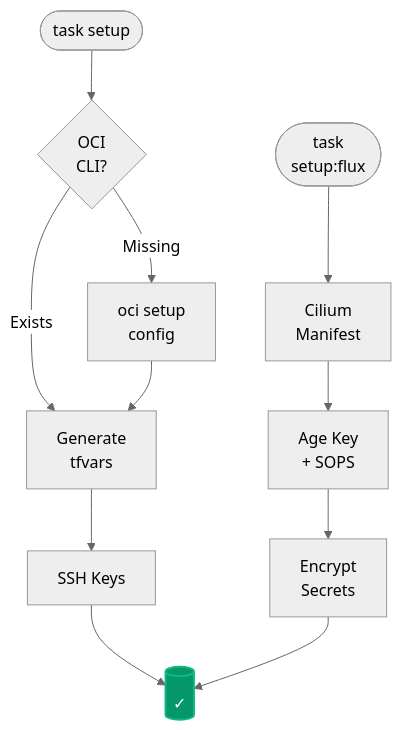
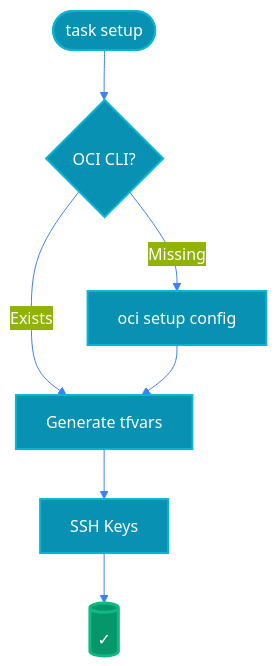
The second of 5 diagrams in docs/ARCHITECTURE-DIAGRAMS.md (syscode-labs/oci-free-tier-manager), drawn with Mermaid before and after one commit. The commit also changed other lines of this file and 2 other files, not shown here.

First line of the commit message:
fix: rewrite diagrams with explicit white text styling

````diff
--- a/docs/ARCHITECTURE-DIAGRAMS.md
+++ b/docs/ARCHITECTURE-DIAGRAMS.md
@@ -72,22 +52,23 @@
 ```mermaid
----
-config:
-  theme: neutral
----
+%%{init: {'theme':'base', 'themeVariables': { 'primaryColor':'#0891b2','primaryTextColor':'#fff','primaryBorderColor':'#06b6d4','lineColor':'#3b82f6','textColor':'#fff','fontSize':'16px'}}}%%
 flowchart TB
-    Start(["task setup"]) --> CheckOCI{"OCI<br/>CLI?"}
-    CheckOCI -->|Missing| InstallOCI["oci setup<br/>config"]
-    CheckOCI -->|Exists| GenTF["Generate<br/>tfvars"]
+    Start(["task setup"])
+    CheckOCI{"OCI CLI?"}
+    InstallOCI["oci setup config"]
+    GenTF["Generate tfvars"]
+    SSH["SSH Keys"]
+    Done[("✓")]
+    
+    Start --> CheckOCI
+    CheckOCI -->|Missing| InstallOCI
+    CheckOCI -->|Exists| GenTF
     InstallOCI --> GenTF
-    GenTF --> SSH["SSH Keys"]
+    GenTF --> SSH --> Done
     
-    StartFlux(["task<br/>setup:flux"]) --> Cilium["Cilium<br/>Manifest"]
-    Cilium --> Age["Age Key<br/>+ SOPS"]
-    Age --> Encrypt["Encrypt<br/>Secrets"]
-    
-    SSH --> Done[("✓")]
-    Encrypt --> Done
-    
-    classDef success fill:#059669,stroke:#10b981,stroke-width:2px,color:#fff
-    class Done success
+    style Start fill:#0891b2,stroke:#06b6d4,stroke-width:2px,color:#fff
+    style CheckOCI fill:#0891b2,stroke:#06b6d4,stroke-width:2px,color:#fff
+    style InstallOCI fill:#0891b2,stroke:#06b6d4,stroke-width:2px,color:#fff
+    style GenTF fill:#0891b2,stroke:#06b6d4,stroke-width:2px,color:#fff
+    style SSH fill:#0891b2,stroke:#06b6d4,stroke-width:2px,color:#fff
+    style Done fill:#059669,stroke:#10b981,stroke-width:3px,color:#fff
 ```
````
